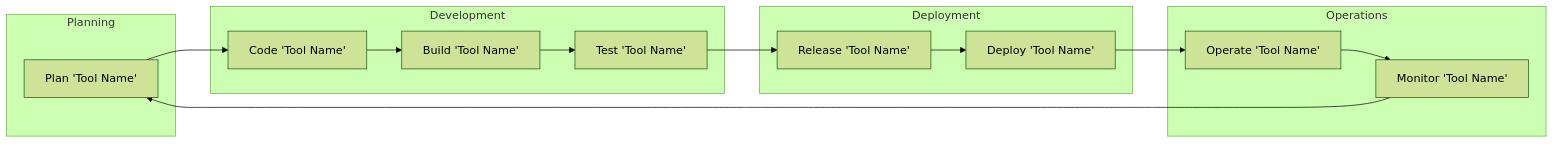
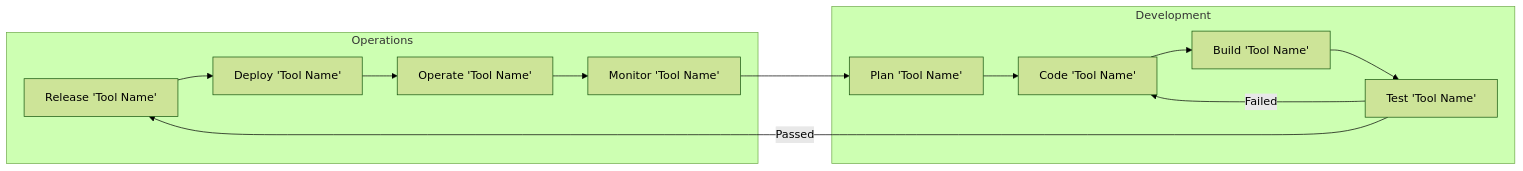
The diagram in DevOpsFlow.md (antonionikolovski/mermaids), drawn with Mermaid (forest theme) before and after one commit.

````diff
--- a/DevOpsFlow.md
+++ b/DevOpsFlow.md
@@ -1,33 +1,30 @@
 ```mermaid
 graph LR
 
-    subgraph Planning
-        Plan[Plan 'Tool Name']
+
+    subgraph Operations
+        Release[Release 'Tool Name']
+        Deploy[Deploy 'Tool Name']
+        Operate[Operate 'Tool Name']
+        Monitor[Monitor 'Tool Name']
     end
 
     subgraph Development
+        Plan[Plan 'Tool Name']
         Code[Code 'Tool Name']
         Build[Build 'Tool Name']
         Test[Test 'Tool Name']
     end
 
-    subgraph Deployment
-        Release[Release 'Tool Name']
-        Deploy[Deploy 'Tool Name']
-    end
-
-    subgraph Operations
-        Operate[Operate 'Tool Name']
-        Monitor[Monitor 'Tool Name']
-    end
 
     Plan --> Code
     Code --> Build
-    Build --> Test
-    Test --> Release
+    Test --Passed--> Release
     Release --> Deploy
     Deploy --> Operate
     Operate --> Monitor
     Monitor --> Plan
+    Build --> Test
+    Test -- Failed --> Code
 
 ```
````
